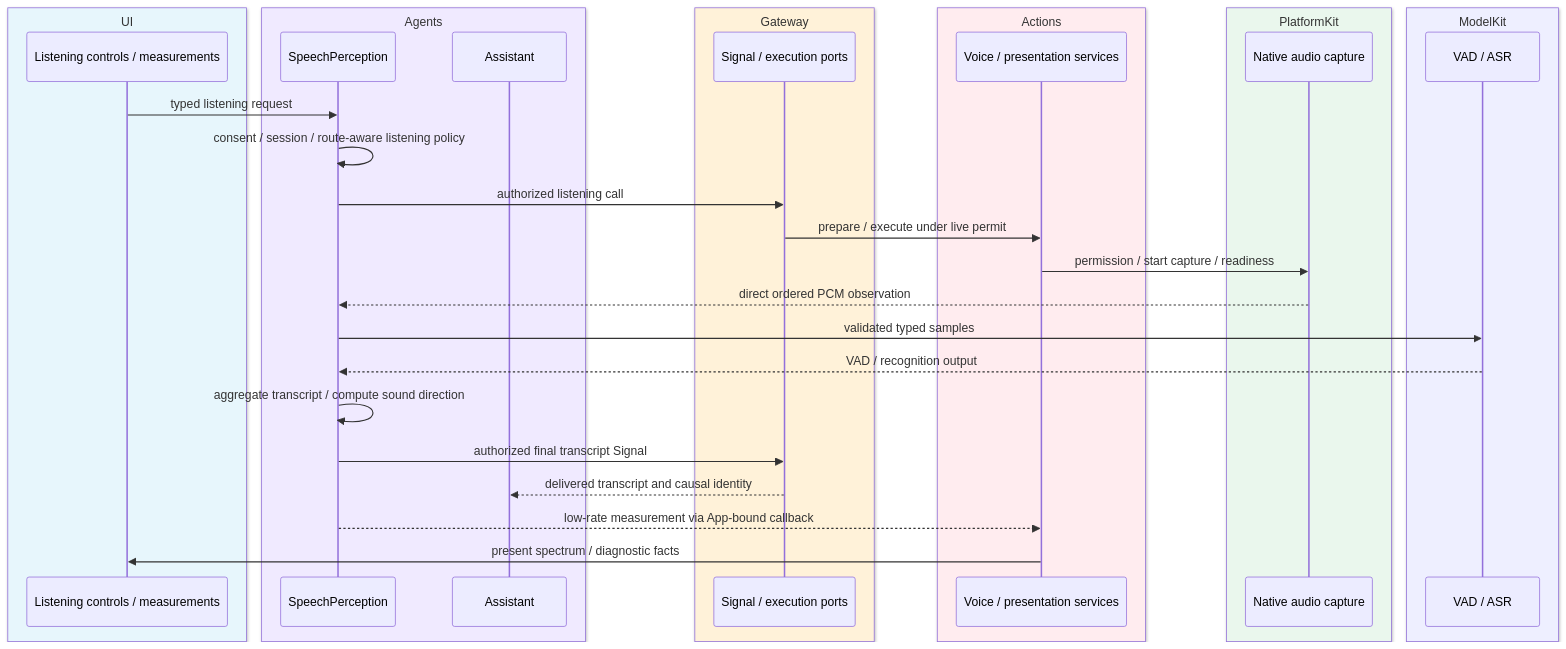
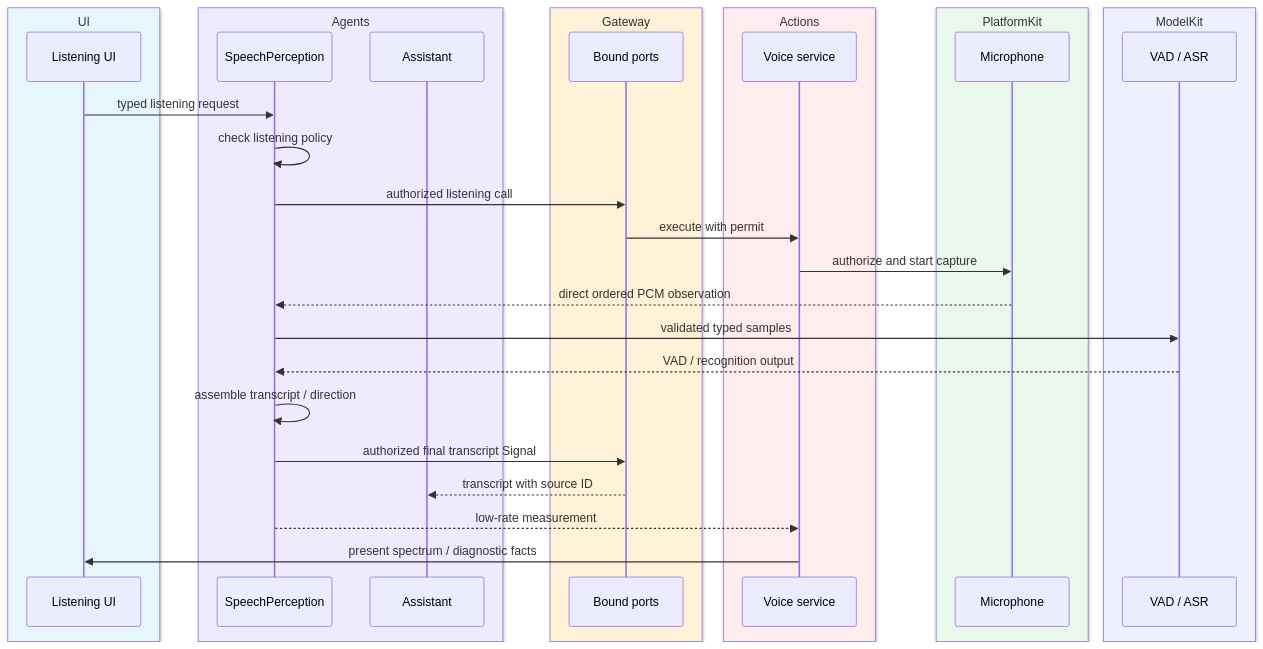
Diagram 16 of 27 in MobileHarness/README.md (devilyouwei/MobileHarness), drawn with Mermaid before and after one commit. The commit also changed other lines of this file and 115 other files, not shown here.

````diff
--- a/MobileHarness/README.md
+++ b/MobileHarness/README.md
@@ -969,35 +977,35 @@
 ```mermaid
 sequenceDiagram
     box rgb(231,246,252) UI
-        participant UI as Listening controls / measurements
+        participant UI as Listening UI
     end
     box rgb(240,234,255) Agents
         participant S as SpeechPerception
         participant A as Assistant
     end
     box rgb(255,242,217) Gateway
-        participant G as Signal / execution ports
+        participant G as Bound ports
     end
     box rgb(255,236,239) Actions
-        participant X as Voice / presentation services
+        participant X as Voice service
     end
     box rgb(234,247,237) PlatformKit
-        participant P as Native audio capture
+        participant P as Microphone
     end
     box rgb(238,239,255) ModelKit
         participant M as VAD / ASR
     end
     UI->>S: typed listening request
-    S->>S: consent / session / route-aware listening policy
+    S->>S: check listening policy
     S->>G: authorized listening call
-    G->>X: prepare / execute under live permit
-    X->>P: permission / start capture / readiness
+    G->>X: execute with permit
+    X->>P: authorize and start capture
     P-->>S: direct ordered PCM observation
     S->>M: validated typed samples
     M-->>S: VAD / recognition output
-    S->>S: aggregate transcript / compute sound direction
+    S->>S: assemble transcript / direction
     S->>G: authorized final transcript Signal
-    G-->>A: delivered transcript and causal identity
-    S-->>X: low-rate measurement via App-bound callback
+    G-->>A: transcript with source ID
+    S-->>X: low-rate measurement
     X->>UI: present spectrum / diagnostic facts
 ```
````
